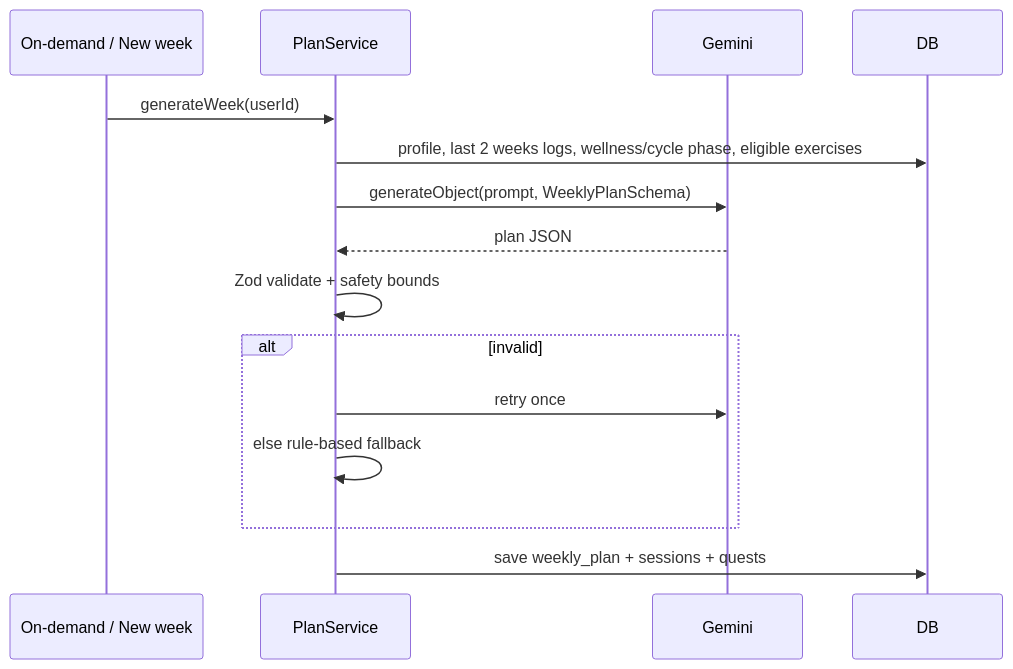
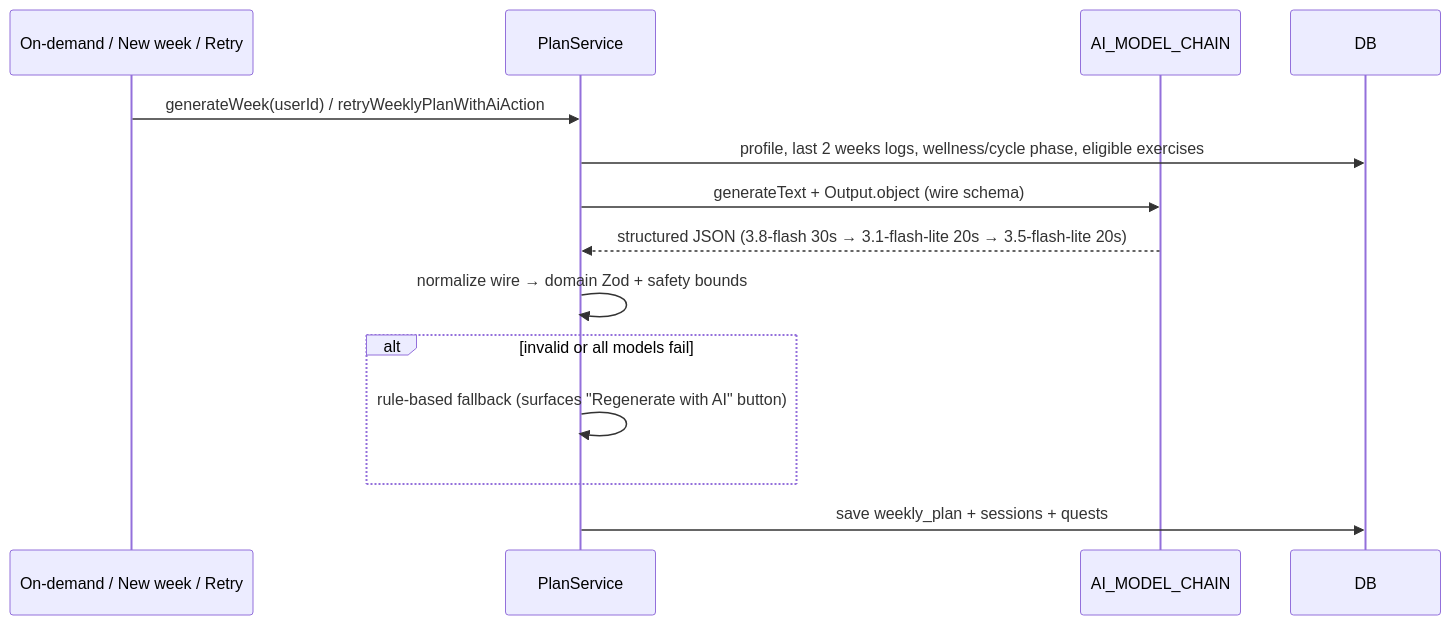
One commit to HaqqiS/Level-UP-Project changed the third of 3 diagrams in docs/ARCHITECTURE.md. Above: the diagram before and after it, drawn with Mermaid. The commit also changed other lines of this file and 3 other files, not shown here.

Commit message:
docs: sync README, PRD, architecture, and ADRs with current v2 state

````diff
--- a/docs/ARCHITECTURE.md
+++ b/docs/ARCHITECTURE.md
@@ -128,17 +129,16 @@
 ```mermaid
 sequenceDiagram
-  participant S as On-demand / New week
+  participant S as On-demand / New week / Retry
   participant P as PlanService
-  participant G as Gemini
+  participant C as AI_MODEL_CHAIN
   participant DB
-  S->>P: generateWeek(userId)
+  S->>P: generateWeek(userId) / retryWeeklyPlanWithAiAction
   P->>DB: profile, last 2 weeks logs, wellness/cycle phase, eligible exercises
-  P->>G: generateObject(prompt, WeeklyPlanSchema)
-  G-->>P: plan JSON
-  P->>P: Zod validate + safety bounds
-  alt invalid
-    P->>G: retry once
-    P->>P: else rule-based fallback
+  P->>C: generateText + Output.object (wire schema)
+  C-->>P: structured JSON (3.8-flash 30s → 3.1-flash-lite 20s → 3.5-flash-lite 20s)
+  P->>P: normalize wire → domain Zod + safety bounds
+  alt invalid or all models fail
+    P->>P: rule-based fallback (surfaces "Regenerate with AI" button)
   end
   P->>DB: save weekly_plan + sessions + quests
 ```
````
